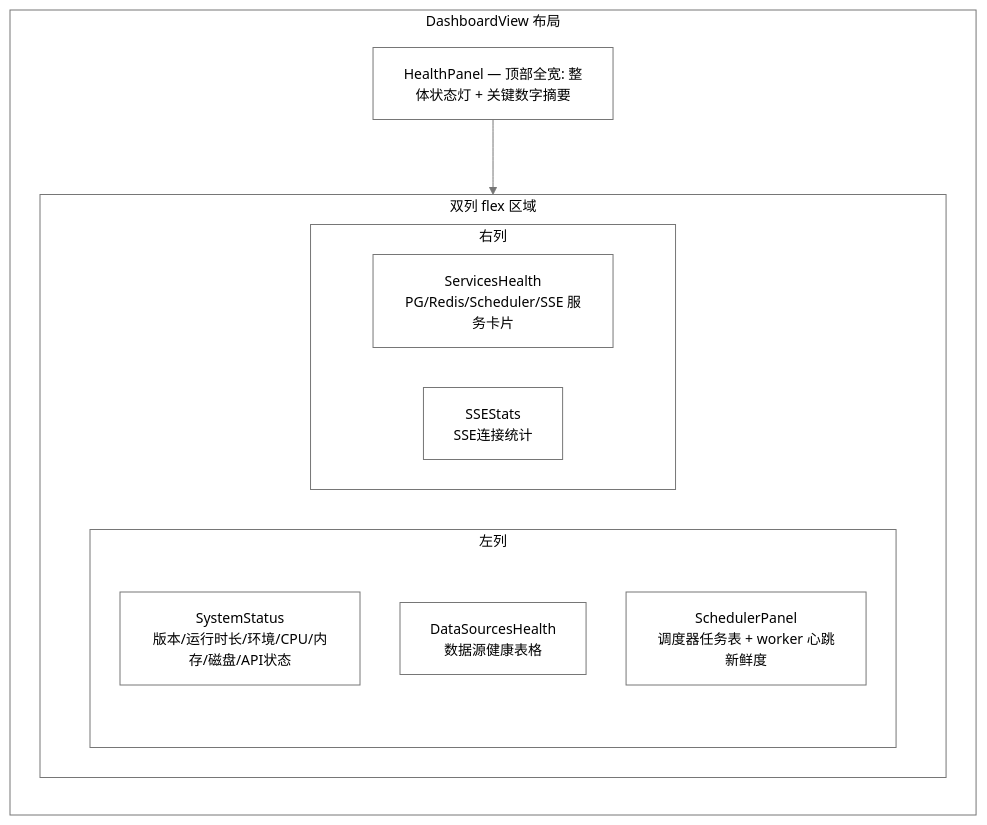
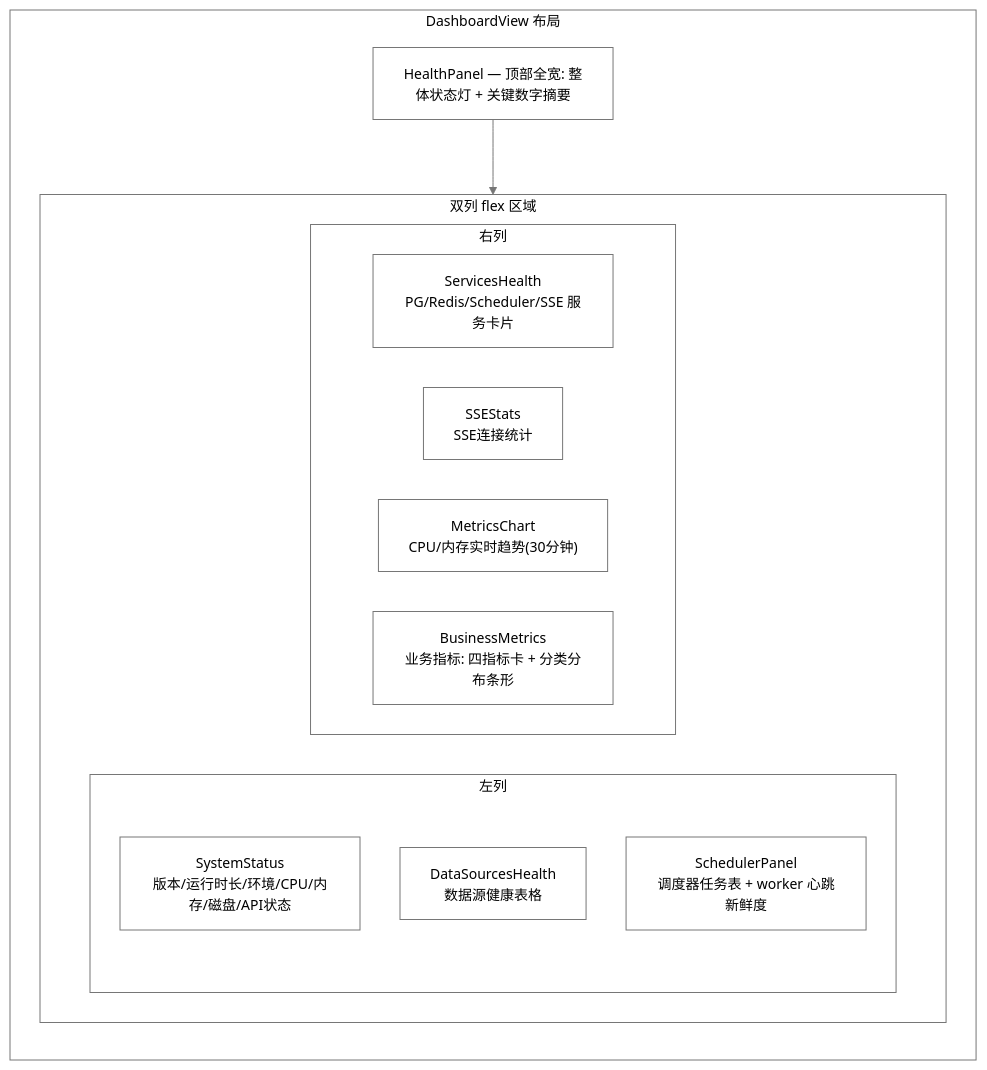
One commit to onceme/instantboard changed the third of 3 diagrams in docs/dev-guide/design/dashboard-tab.md. Above: the diagram before and after it, drawn with Mermaid. The commit also changed other lines of this file and 13 other files, not shown here.

Commit message:
feat: add business metrics panel (users, items, categories, watchlist, events)

````diff
--- a/docs/dev-guide/design/dashboard-tab.md
+++ b/docs/dev-guide/design/dashboard-tab.md
@@ -210,19 +216,21 @@
 ```mermaid
 %%{init: {"theme": "base", "themeVariables": {"primaryColor": "#ffffff", "primaryTextColor": "#000000", "primaryBorderColor": "#767676", "lineColor": "#767676", "arrowheadColor": "#767676", "secondaryColor": "#ffffff", "secondaryTextColor": "#000000", "secondaryBorderColor": "#767676", "tertiaryColor": "#ffffff", "tertiaryTextColor": "#000000", "tertiaryBorderColor": "#767676", "edgeLabelBackground": "#ffffff", "textColor": "#000000", "nodeTextColor": "#000000", "mainBkg": "#ffffff", "nodeBorder": "#767676", "clusterBkg": "#ffffff", "clusterBdr": "#767676", "clusterTextColor": "#000000", "titleColor": "#000000", "fontSize": "14px"}, "flowchart": {"nodeSpacing": 40, "rankSpacing": 50, "wrappingWidth": 180, "useMaxWidth": true}}}%%
 graph LR
   subgraph dashboard["DashboardView 布局"]
     HP["HealthPanel — 顶部全宽: 整体状态灯 + 关键数字摘要"]
     subgraph cols["双列 flex 区域"]
       subgraph left["左列"]
         SS["SystemStatus<br/>版本/运行时长/环境/CPU/内存/磁盘/API状态"]
         DSH["DataSourcesHealth<br/>数据源健康表格"]
         SP["SchedulerPanel<br/>调度器任务表 + worker 心跳新鲜度"]
       end
       subgraph right["右列"]
         SVH["ServicesHealth<br/>PG/Redis/Scheduler/SSE 服务卡片"]
         SSESt["SSEStats<br/>SSE连接统计"]
+        MC["MetricsChart<br/>CPU/内存实时趋势(30分钟)"]
+        BM["BusinessMetrics<br/>业务指标: 四指标卡 + 分类分布条形"]
       end
     end
     HP --> cols
   end
 ```
````
